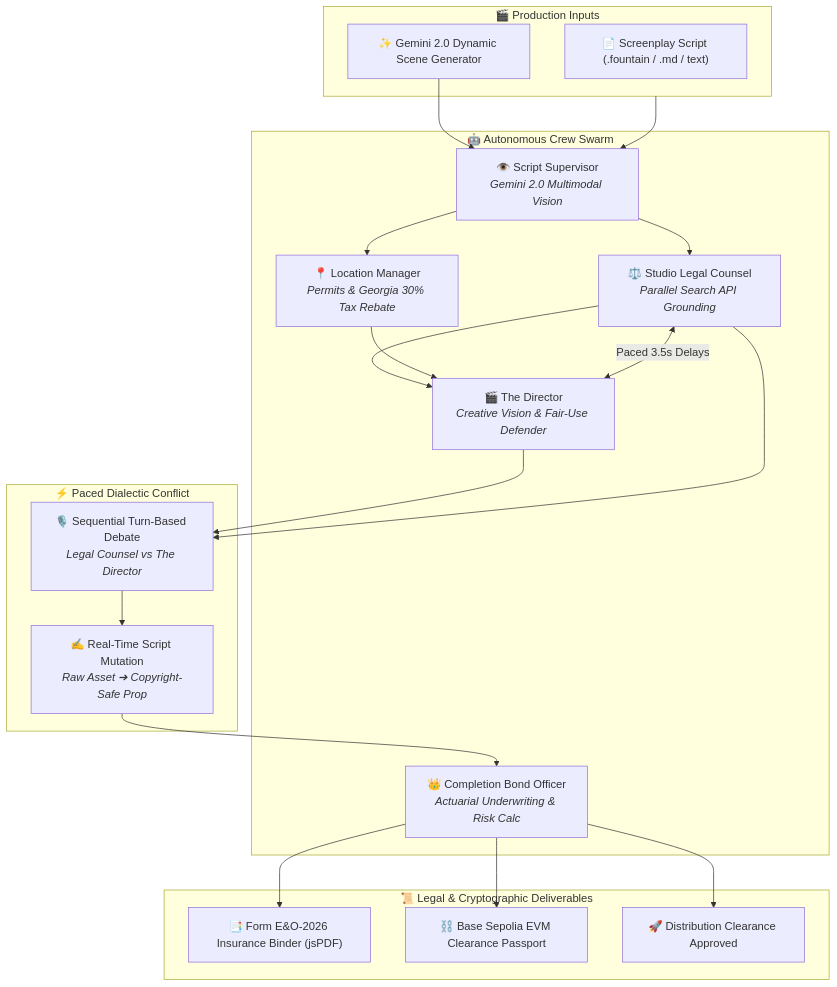
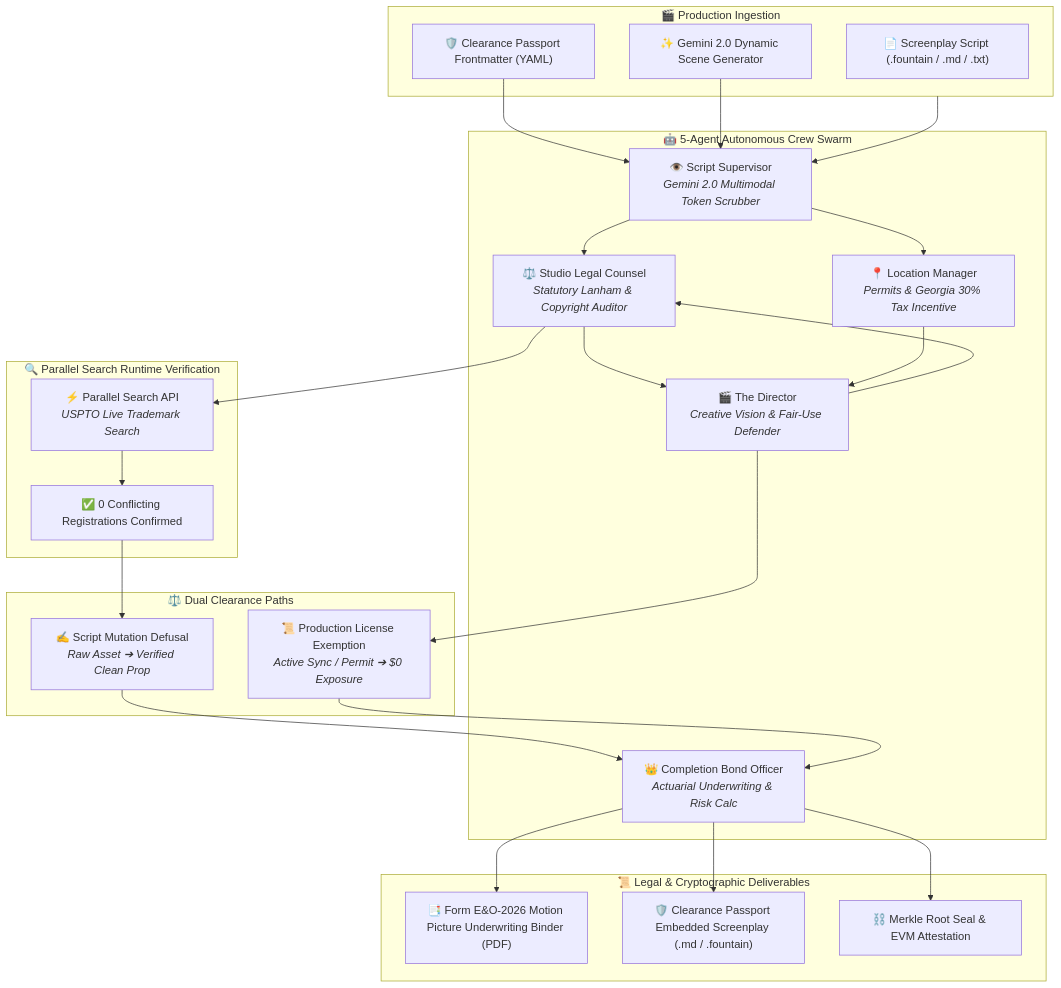
One commit to miracles2motion/deepclear-studio changed the diagram in README.md. Above: the diagram before and after it, drawn with Mermaid. The commit also changed other lines of this file and 10 other files, not shown here.

Commit message:
🎬 feat: 5-agent war room, runtime parallel search verification, and clearance passport

````diff
--- a/README.md
+++ b/README.md
@@ -57,36 +72,46 @@
 ```mermaid
 flowchart TD
-    subgraph Inputs["🎬 Production Inputs"]
-        SC["📄 Screenplay Script (.fountain / .md / text)"]
+    subgraph Inputs["🎬 Production Ingestion"]
+        SC["📄 Screenplay Script (.fountain / .md / .txt)"]
+        CP["🛡️ Clearance Passport Frontmatter (YAML)"]
         GEN["✨ Gemini 2.0 Dynamic Scene Generator"]
     end
 
-    subgraph Swarm["🤖 Autonomous Crew Swarm"]
-        SS["👁️ Script Supervisor<br/><i>Gemini 2.0 Multimodal Vision</i>"]
-        LC["⚖️ Studio Legal Counsel<br/><i>Parallel Search API Grounding</i>"]
-        LM["📍 Location Manager<br/><i>Permits & Georgia 30% Tax Rebate</i>"]
+    subgraph Swarm["🤖 5-Agent Autonomous Crew Swarm"]
+        SS["👁️ Script Supervisor<br/><i>Gemini 2.0 Multimodal Token Scrubber</i>"]
+        LC["⚖️ Studio Legal Counsel<br/><i>Statutory Lanham & Copyright Auditor</i>"]
+        LM["📍 Location Manager<br/><i>Permits & Georgia 30% Tax Incentive</i>"]
         DIR["🎬 The Director<br/><i>Creative Vision & Fair-Use Defender</i>"]
         CBO["👑 Completion Bond Officer<br/><i>Actuarial Underwriting & Risk Calc</i>"]
     end
 
-    subgraph Debate["⚡ Paced Dialectic Conflict"]
-        WAR["🎙️ Sequential Turn-Based Debate<br/><i>Legal Counsel vs The Director</i>"]
-        MUT["✍️ Real-Time Script Mutation<br/><i>Raw Asset ➔ Copyright-Safe Prop</i>"]
+    subgraph ParallelLoop["🔍 Parallel Search Runtime Verification"]
+        PS["⚡ Parallel Search API<br/><i>USPTO Live Trademark Search</i>"]
+        REG["✅ 0 Conflicting Registrations Confirmed"]
     end
 
-    subgraph Outputs["📜 Legal & Cryptographic Deliverables"]
-        PDF["📑 Form E&O-2026 Insurance Binder (jsPDF)"]
-        W3["⛓️ Base Sepolia EVM Clearance Passport"]
-        DIST["🚀 Distribution Clearance Approved"]
+    subgraph Resolution["⚖️ Dual Clearance Paths"]
+        MUT["✍️ Script Mutation Defusal<br/><i>Raw Asset ➔ Verified Clean Prop</i>"]
+        LIC["📜 Production License Exemption<br/><i>Active Sync / Permit ➔ $0 Exposure</i>"]
+    end
+
+    subgraph Deliverables["📜 Legal & Cryptographic Deliverables"]
+        PDF["📑 Form E&O-2026 Motion Picture Underwriting Binder (PDF)"]
+        PASS["🛡️ Clearance Passport Embedded Screenplay (.md / .fountain)"]
+        EVM["⛓️ Merkle Root Seal & EVM Attestation"]
     end
 
     Inputs --> SS
+    CP --> SS
     GEN --> SS
     SS --> LC & LM
     LC & LM --> DIR
-    DIR <-->|Paced 3.5s Delays| LC
-    DIR & LC --> WAR
-    WAR --> MUT
+    DIR --> LC
+    LC --> PS
+    PS --> REG
+    REG --> MUT
+    DIR --> LIC
     MUT --> CBO
-    CBO --> PDF & W3 & DIST
+    LIC --> CBO
+    CBO --> PDF & PASS & EVM
 ```
````
